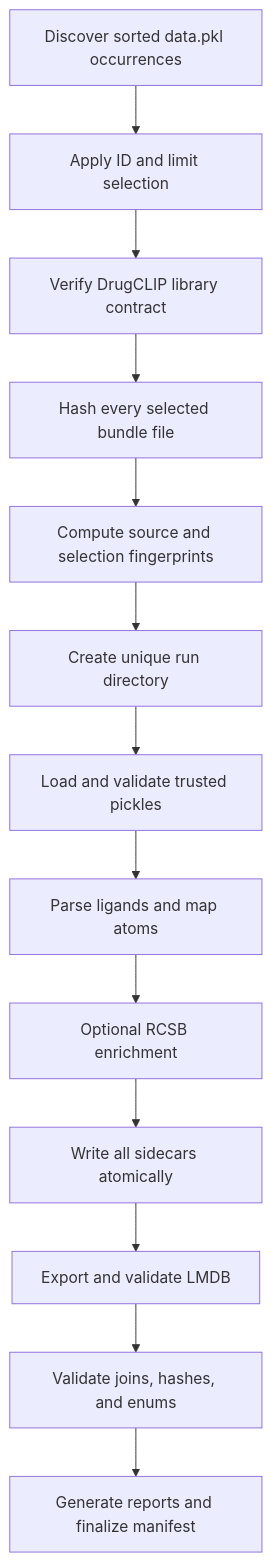
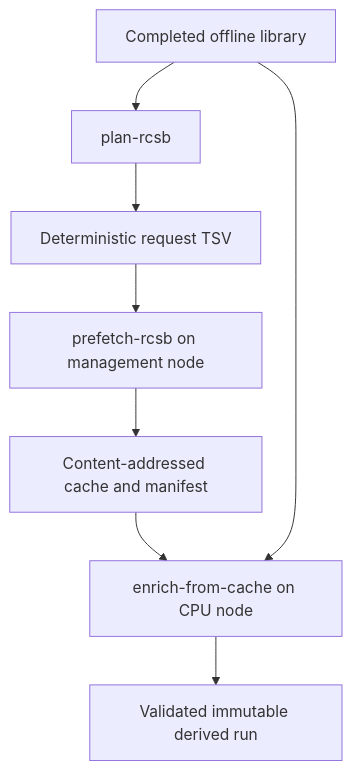
The fourth of 5 diagrams in drugclip_combine_set_library.qmd (fnaufel/candidate_pockets_PDBBind), drawn with Mermaid before and after one commit. The commit also changed other lines of this file and 24 other files, not shown here.

Commit message:
Add offline post-build RCSB enrichment workflow

````diff
--- a/drugclip_combine_set_library.qmd
+++ b/drugclip_combine_set_library.qmd
@@ -604,15 +619,12 @@
 ```{mermaid}
+%%| fig-width: 6.0
+%%| fig-height: 4.0
 flowchart TD
-  A[Discover sorted data.pkl occurrences] --> B[Apply ID and limit selection]
-  B --> C[Verify DrugCLIP library contract]
-  C --> D[Hash every selected bundle file]
-  D --> E[Compute source and selection fingerprints]
-  E --> F[Create unique run directory]
-  F --> G[Load and validate trusted pickles]
-  G --> H[Parse ligands and map atoms]
-  H --> I[Optional RCSB enrichment]
-  I --> J[Write all sidecars atomically]
-  J --> K[Export and validate LMDB]
-  K --> L[Validate joins, hashes, and enums]
-  L --> M[Generate reports and finalize manifest]
+  A[Completed offline library] --> B[plan-rcsb]
+  B --> C[Deterministic request TSV]
+  C --> D[prefetch-rcsb on management node]
+  D --> E[Content-addressed cache and manifest]
+  E --> F[enrich-from-cache on CPU node]
+  A --> F
+  F --> G[Validated immutable derived run]
 ```
````
